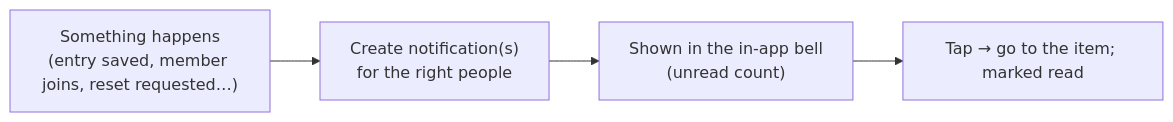
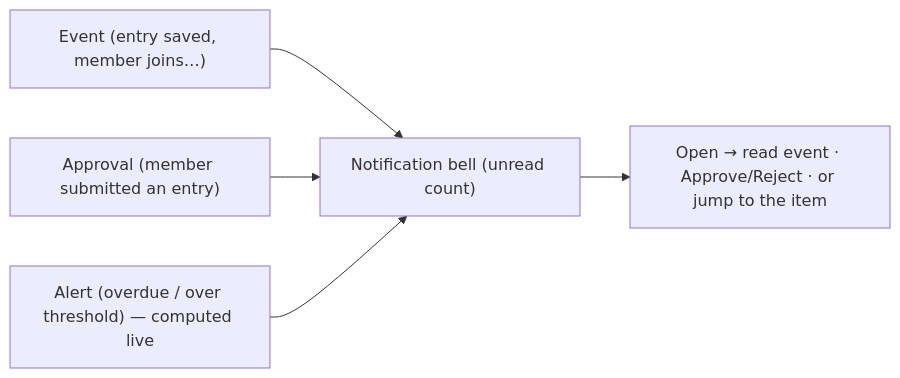
One commit to iam-hussain/peacock changed diagram 13 of 13 in docs/PRODUCT.md. Above: the diagram before and after it, drawn with Mermaid. The commit also changed other lines of this file and 4 other files, not shown here.

````diff
--- a/docs/PRODUCT.md
+++ b/docs/PRODUCT.md
@@ -789,6 +819,7 @@
 ```mermaid
 flowchart LR
-  EV["Something happens<br/>(entry saved, member joins, reset requested…)"] --> N["Create notification(s)<br/>for the right people"]
-  N --> BELL["Shown in the in-app bell<br/>(unread count)"]
-  BELL --> OPEN["Tap → go to the item; marked read"]
+  E["Event (entry saved, member joins…)"] --> BELL["Notification bell (unread count)"]
+  A["Approval (member submitted an entry)"] --> BELL
+  AL["Alert (overdue / over threshold) — computed live"] --> BELL
+  BELL --> OPEN["Open → read event · Approve/Reject · or jump to the item"]
 ```
````
